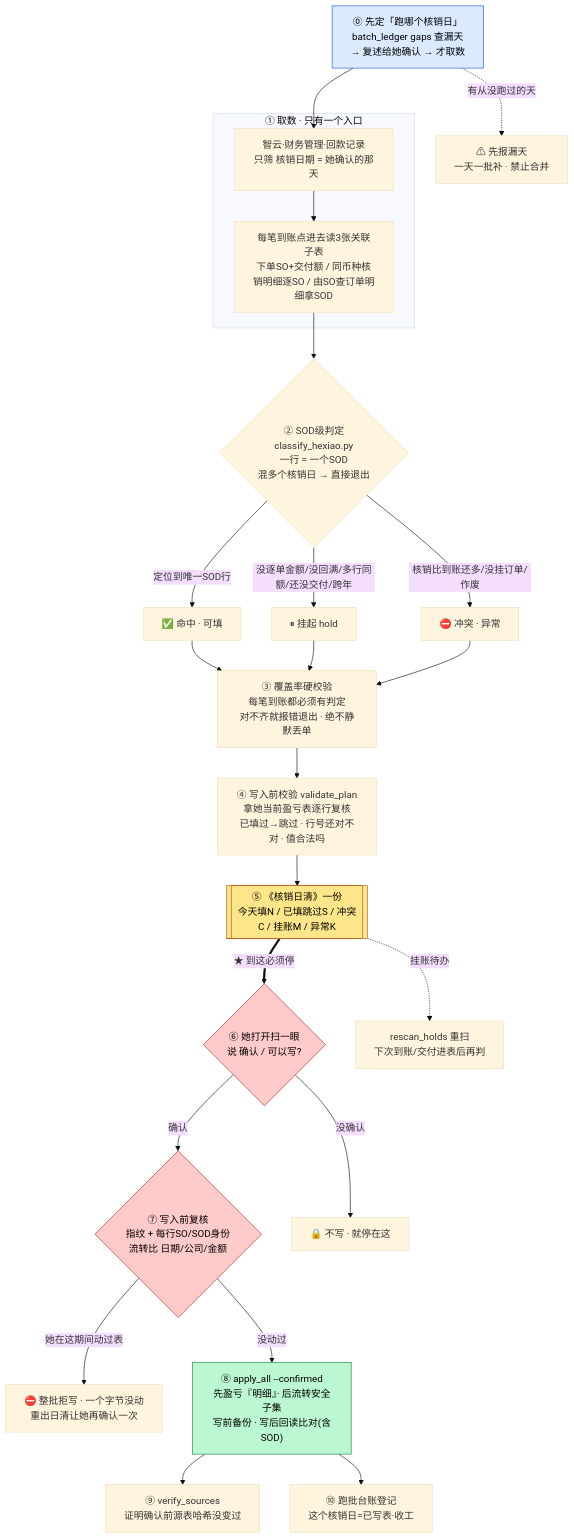
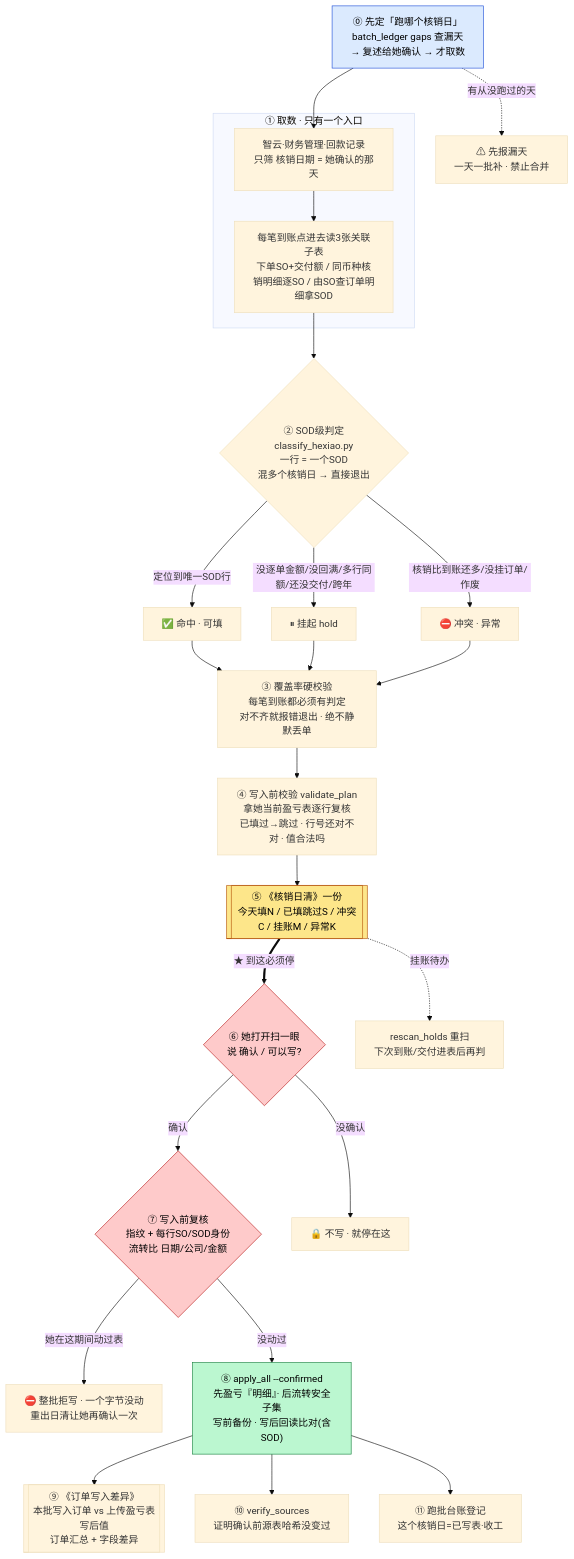
Before and after one commit to EvanLee2004/finance-skills: the first of 2 diagrams in skills/ar-hexiao-daily/README.md, drawn with Mermaid (base theme). The commit also changed other lines of this file and 14 other files, not shown here.

````diff
--- a/skills/ar-hexiao-daily/README.md
+++ b/skills/ar-hexiao-daily/README.md
@@ -56,31 +56,32 @@
 ```mermaid
 flowchart TD
     D0["⓪ 先定「跑哪个核销日」<br/>batch_ledger gaps 查漏天<br/>→ 复述给她确认 → 才取数"] --> A
     D0 -.->|"有从没跑过的天"| GAP["⚠ 先报漏天<br/>一天一批补 · 禁止合并"]
     subgraph 取数["① 取数 · 只有一个入口"]
         A["智云·财务管理·回款记录<br/>只筛 核销日期 = 她确认的那天"] --> B["每笔到账点进去读3张关联子表<br/>下单SO+交付额 / 同币种核销明细逐SO / 由SO查订单明细拿SOD"]
     end
     B --> C{"② SOD级判定<br/>classify_hexiao.py<br/>一行 = 一个SOD<br/>混多个核销日 → 直接退出"}
     C -->|"定位到唯一SOD行"| HIT["✅ 命中 · 可填"]
     C -->|"没逐单金额/没回满/多行同额/还没交付/跨年"| HOLD["⏸ 挂起 hold"]
     C -->|"核销比到账还多/没挂订单/作废"| EXC["⛔ 冲突 · 异常"]
     HIT --> COV
     HOLD --> COV
     EXC --> COV
     COV["③ 覆盖率硬校验<br/>每笔到账都必须有判定<br/>对不齐就报错退出 · 绝不静默丢单"] --> V["④ 写入前校验 validate_plan<br/>拿她当前盈亏表逐行复核<br/>已填过→跳过 · 行号还对不对 · 值合法吗"]
     V --> W[["⑤ 《核销日清》一份<br/>今天填N / 已填跳过S / 冲突C / 挂账M / 异常K"]]
     W ==>|"★ 到这必须停"| G{"⑥ 她打开扫一眼<br/>说 确认 / 可以写?"}
     G -->|"确认"| PRE{"⑦ 写入前复核<br/>指纹 + 每行SO/SOD身份<br/>流转比 日期/公司/金额"}
     G -->|"没确认"| STOP["🔒 不写 · 就停在这"]
     PRE -->|"她在这期间动过表"| REDO["⛔ 整批拒写 · 一个字节没动<br/>重出日清让她再确认一次"]
     PRE -->|"没动过"| AP["⑧ apply_all --confirmed<br/>先盈亏『明细』· 后流转安全子集<br/>写前备份 · 写后回读比对(含SOD)"]
-    AP --> VS["⑨ verify_sources<br/>证明确认前源表哈希没变过"]
-    AP --> BL["⑩ 跑批台账登记<br/>这个核销日=已写表·收工"]
+    AP --> DIFF[["⑨ 《订单写入差异》<br/>本批写入订单 vs 上传盈亏表写后值<br/>订单汇总 + 字段差异"]]
+    AP --> VS["⑩ verify_sources<br/>证明确认前源表哈希没变过"]
+    AP --> BL["⑪ 跑批台账登记<br/>这个核销日=已写表·收工"]
     W -.->|"挂账待办"| R["rescan_holds 重扫<br/>下次到账/交付进表后再判"]
 
     style D0 fill:#dbeafe,stroke:#1d4ed8,color:#000
     style W fill:#fde68a,stroke:#b45309,color:#000
     style G fill:#fecaca,stroke:#b91c1c,color:#000
     style PRE fill:#fecaca,stroke:#b91c1c,color:#000
     style AP fill:#bbf7d0,stroke:#15803d,color:#000
 ```
````
